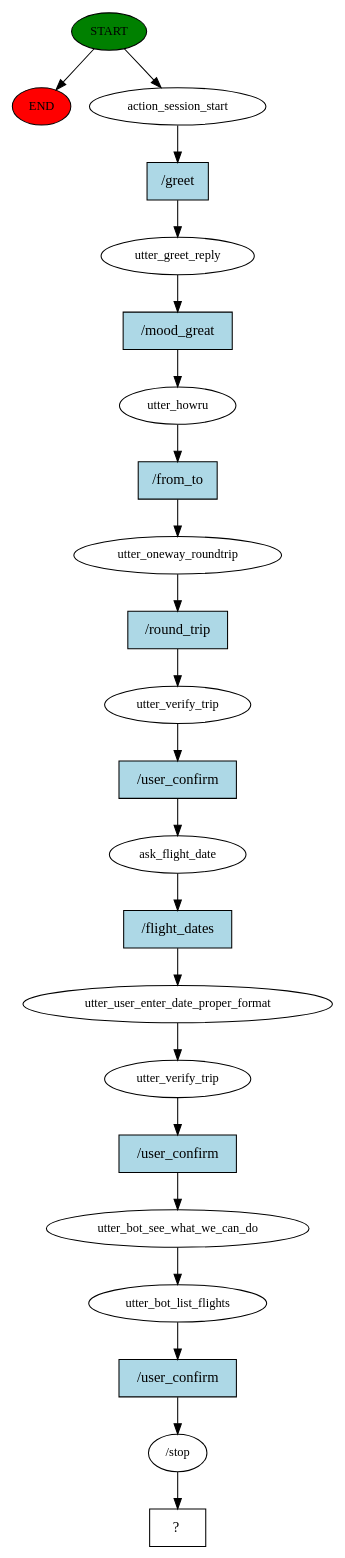
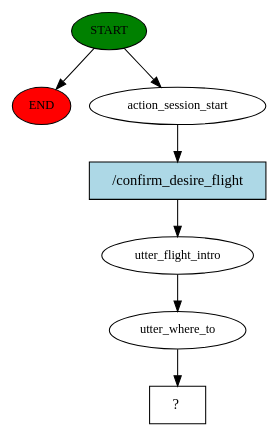
Before and after one commit to joegaspari/Team24-COSC310: the diagram in TravelBOT/story_graph.dot, drawn with Graphviz. The commit also changed 4 other files, not shown here.

```diff
--- a/TravelBOT/story_graph.dot
+++ b/TravelBOT/story_graph.dot
@@ -1,45 +1,15 @@
 digraph  {
 0 [class="start active", fillcolor=green, fontsize=12, label=START, style=filled];
 "-1" [class=end, fillcolor=red, fontsize=12, label=END, style=filled];
 1 [class=active, fontsize=12, label=action_session_start];
-2 [class=active, fontsize=12, label=utter_greet_reply];
-3 [class=active, fontsize=12, label=utter_howru];
-4 [class=active, fontsize=12, label=utter_oneway_roundtrip];
-5 [class=active, fontsize=12, label=utter_verify_trip];
-6 [class=active, fontsize=12, label=ask_flight_date];
-7 [class=active, fontsize=12, label=utter_user_enter_date_proper_format];
-8 [class=active, fontsize=12, label=utter_verify_trip];
-9 [class=active, fontsize=12, label=utter_bot_see_what_we_can_do];
-10 [class=active, fontsize=12, label=utter_bot_list_flights];
-11 [class=active, fontsize=12, label="/stop"];
-12 [class="intent dashed active", label="  ?  ", shape=rect];
-13 [class="intent active", fillcolor=lightblue, label="/greet", shape=rect, style=filled];
-14 [class="intent active", fillcolor=lightblue, label="/mood_great", shape=rect, style=filled];
-15 [class="intent active", fillcolor=lightblue, label="/from_to", shape=rect, style=filled];
-16 [class="intent active", fillcolor=lightblue, label="/round_trip", shape=rect, style=filled];
-17 [class="intent active", fillcolor=lightblue, label="/user_confirm", shape=rect, style=filled];
-18 [class="intent active", fillcolor=lightblue, label="/flight_dates", shape=rect, style=filled];
-19 [class="intent active", fillcolor=lightblue, label="/user_confirm", shape=rect, style=filled];
-20 [class="intent active", fillcolor=lightblue, label="/user_confirm", shape=rect, style=filled];
+2 [class=active, fontsize=12, label=utter_flight_intro];
+3 [class=active, fontsize=12, label=utter_where_to];
+4 [class="intent dashed active", label="  ?  ", shape=rect];
+5 [class="intent active", fillcolor=lightblue, label="/confirm_desire_flight", shape=rect, style=filled];
 0 -> "-1"  [class="", key=NONE, label=""];
 0 -> 1  [class=active, key=NONE, label=""];
-1 -> 13  [class=active, key=0];
-2 -> 14  [class=active, key=0];
-3 -> 15  [class=active, key=0];
-4 -> 16  [class=active, key=0];
-5 -> 17  [class=active, key=0];
-6 -> 18  [class=active, key=0];
-7 -> 8  [class=active, key=NONE, label=""];
-8 -> 19  [class=active, key=0];
-9 -> 10  [class=active, key=NONE, label=""];
-10 -> 20  [class=active, key=0];
-11 -> 12  [class=active, key=NONE, label=""];
-13 -> 2  [class=active, key=0];
-14 -> 3  [class=active, key=0];
-15 -> 4  [class=active, key=0];
-16 -> 5  [class=active, key=0];
-17 -> 6  [class=active, key=0];
-18 -> 7  [class=active, key=0];
-19 -> 9  [class=active, key=0];
-20 -> 11  [class=active, key=0];
+1 -> 5  [class=active, key=0];
+2 -> 3  [class=active, key=NONE, label=""];
+3 -> 4  [class=active, key=NONE, label=""];
+5 -> 2  [class=active, key=0];
 }
```
